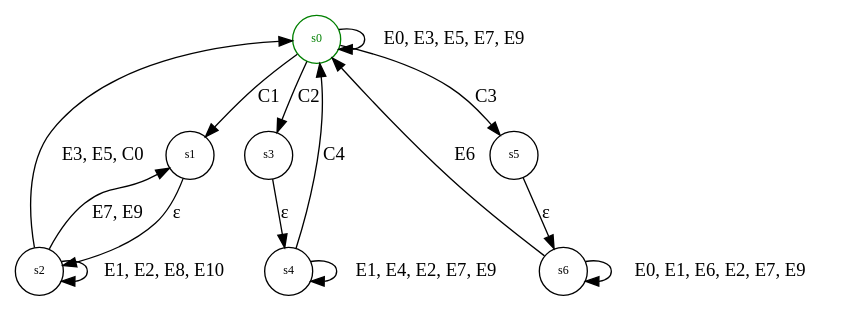
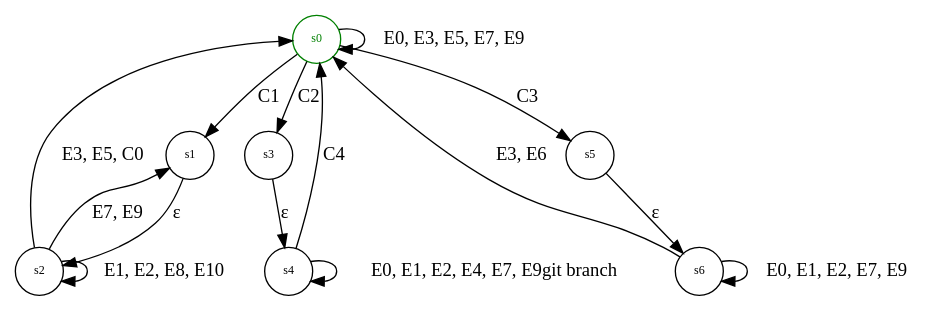
Before and after one commit to eidolonsystems/clipped_table: the diagram in source/state_machine_row_selection.gv, drawn with Graphviz.

Commit message:
checkpoint

```diff
--- a/source/state_machine_row_selection.gv
+++ b/source/state_machine_row_selection.gv
@@ -1,142 +1,142 @@
 
 digraph ColumnResizing{
   node [shape = circle, fontsize = 9];
   edge [ fontsize = 14];
 
   s0 [label="s0" color = green, fontcolor = green,];
   s1 [label="s1"];
   s2 [label="s2"];
   s3 [label="s3"];
   s4 [label="s4"];
   s5 [label="s5"];
   s6 [label="s6"];
 
 
   s0 -> s0 [label = "E0, E3, E5, E7, E9"];
   s0 -> s1 [label = "C1"];
   s0 -> s3 [label = "C2"];
   s0 -> s5 [label = "C3"];
   s1 -> s2 [label = "&#949;"];
   s2 -> s2 [label = "E1, E2, E8, E10"];
   s2 -> s1 [label = "E7, E9"];
   s2 -> s0 [label = "E3, E5, C0" ];
   s3 -> s4 [label = "&#949;"];
-  s4 -> s4 [label = "E1, E4, E2, E7, E9"];
+  s4 -> s4 [label = "E0, E1, E2, E4, E7, E9git branch"];
   s4 -> s0 [label = "C4"];
   s5 -> s6 [label = "&#949;"];
-  s6 -> s0 [label = "E6"];
-  s6 -> s6 [label = "E0, E1, E6, E2, E7, E9"];
+  s6 -> s0 [label = "E3, E6"];
+  s6 -> s6 [label = "E0, E1, E2, E7, E9"];
   
 }
 
 /**
 Fields:
 selectedRows (ArrayTableModel) 
   - The model that keeps track of which rows are selected
 highlightedRow (number) - The row currently highlighted
 previousRow (number) - The last row that was current
 currentRow (number) - The row the mouse is currently inside or 
   that the keyboard is focued on
 isShiftDown (boolean) - Keeps track of if SHIFT is down
 isCtrlDown (boolean) - Keeps track of if CTRL is down
 isMouseDown (boolean) - Keeps track of the left mouse button
 isUpDown (boolean) - Keeps track of if the up key is down
 isDownDown (boolean) - Keeps track of if the down key is down
 isAdding (boolean) - Keeps track of if rows should be added
 
 Init:
 selectedRows = []
 hilightedRow = 0
 previousRow = 0
 currentRow = 0
 isShiftDown = false
 isCtrlDown = false
 isMouseDown = false
 isUpDown = false
 isDownDown = false
 isAdding = true
 
 States:
 s0: Starting state.
 s1:
   selectedRows = clear all true values
   highlightedRow = currentRow
   previousRow = highlightedRow
 s2:
   if(currentRow >= previousRow && currentRow >= highlightedRow
       || currentRow <= previousRow && currentRow <= highlightedRow) {
     add rows from previousRow to currentRow
   } else {
     remove rows from previousRow to currentRow
   }
 s3:
   selectedRows = clear all true values
   previousRow = highlightedRow
 s4: 
   if(currentRow >= previousRow && currentRow >= highlightedRow
       || currentRow <= previousRow && currentRow <= highlightedRow) {
     add rows from previousRow to currentRow
   } else {
     remove rows from previousRow to currentRow
   }
 s5:
   highlightedRow = currentRow
   previousRow = highlightedRow
   if(current in selected[]) {
     isAdding = false;
   } else {
     isAdding = true;
   }
 s6:
   if(isAdding) {
     if(currentRow >= previousRow && currentRow >= highlightedRow
         || currentRow <= previousRow && currentRow <= highlightedRow) {
       add rows from previousRow to currentRow
     } else {
       remove rows from previousRow to currentRow
     }
   } else {
     if(currentRow >= previousRow && currentRow >= highlightedRow
         || currentRow <= previousRow && currentRow <= highlightedRow) {
       add rows from previousRow to currentRow
     } else {
       remove rows from previousRow to currentRow
     }
   }
 
 C0: !isMouseDown and !isUpDown and !isDownDown
 C1: !isShiftDown and !isCtrlDown and (isMouseDown or isUpDown or isDownDown) 
 C2: isShiftDown && (isMouseDown or isUpDown or isDownDown)
 C3: isCtrlDown && (isMouseDown or isUpDown or isDownDown)
 C4: !isMouseDown && !isShiftDown
 
 E0: Mouse Down
   isMouseDown = true
   currentRow = row
 E1: Mouse Up
   isMouseDown = false
 E2: Mouse Enters a row
   if(isMouseDown): 
     currentRow = row
 E3: Shift Down
   isShiftDown = true
 E4: Shift Up
   isShiftDown = false
 E5: Ctrl Down
   isCtrlDown = true
 E6: Ctrl Up
   isCtrlDown = false
 E7: Up Button Down
   isUpDown = true
   previousRow = currentRow
   if (currentRow != 0):
   currentRow = currentRow - 1
 E8: Up Button Up
   isUpDown = false
 E9: Down Button Down
   isDownDown = true
   previousRow = currentRow
   currentRow = currentRow + 1
 E10: Down Button Up
    isDownDown = false
 */
```
